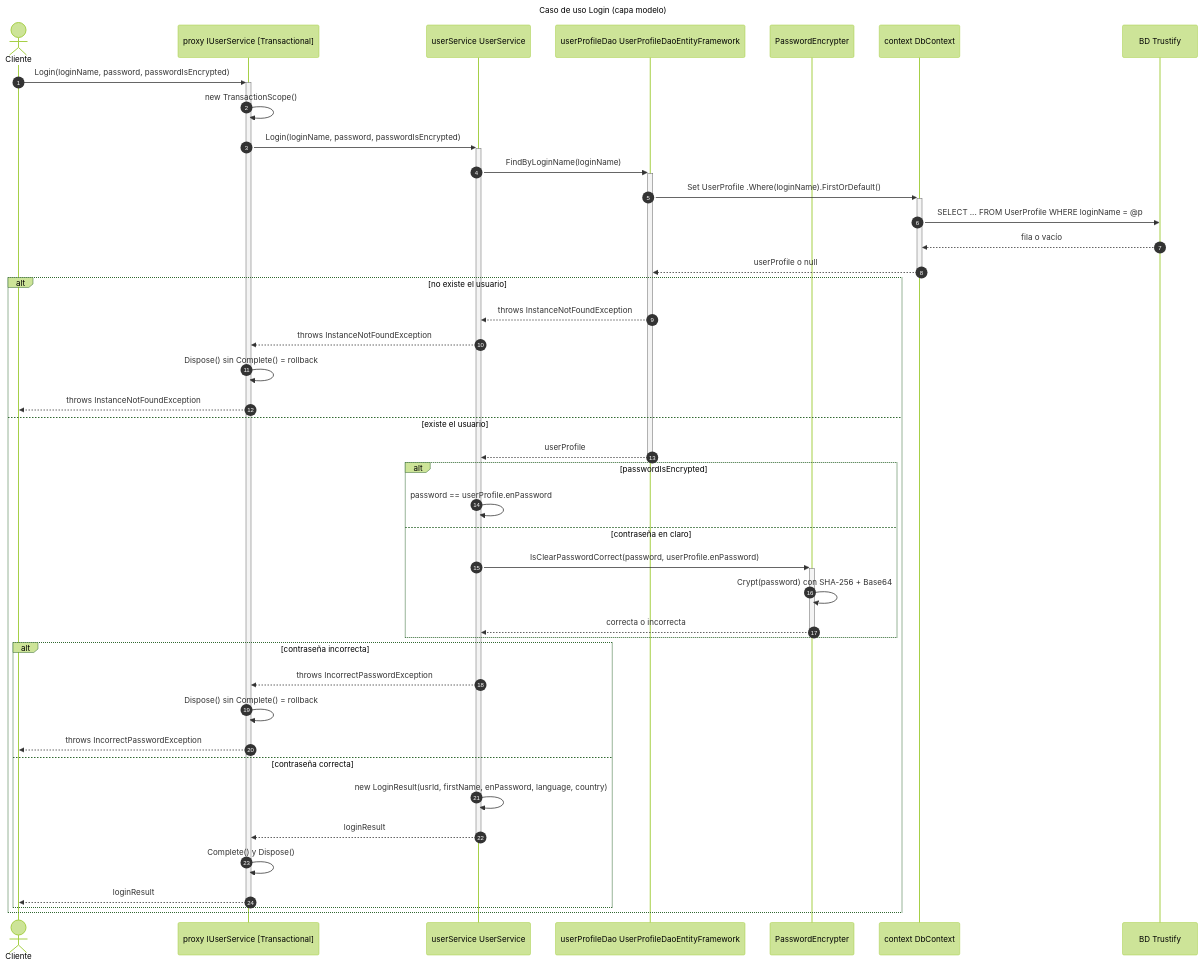
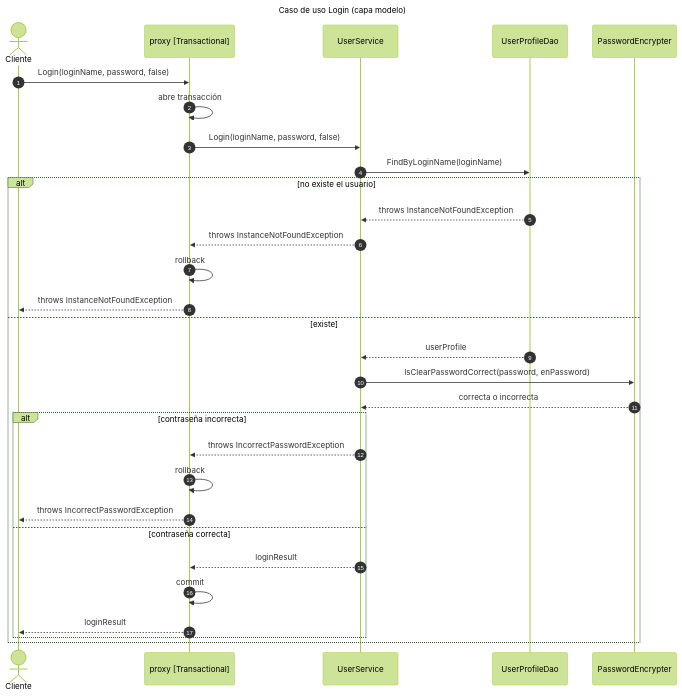
Before and after one commit to Martinhdeez/memoria-trustify-preview: the tenth of 11 diagrams in README.md, drawn with Mermaid (forest theme). The commit also changed other lines of this file, not shown here.

Commit message:
Simplificar secuencia de Login

````diff
--- a/README.md
+++ b/README.md
@@ -523,49 +523,37 @@
 ```mermaid
 ---
 title: Caso de uso Login (capa modelo)
 ---
 sequenceDiagram
     autonumber
     actor Cliente
-    participant Proxy as proxy IUserService [Transactional]
-    participant Service as userService UserService
-    participant Dao as userProfileDao UserProfileDaoEntityFramework
+    participant Proxy as proxy [Transactional]
+    participant Service as UserService
+    participant Dao as UserProfileDao
     participant Enc as PasswordEncrypter
-    participant Ctx as context DbContext
-    participant BD as BD Trustify
 
-    Cliente->>+Proxy: Login(loginName, password, passwordIsEncrypted)
-    Proxy->>Proxy: new TransactionScope()
-    Proxy->>+Service: Login(loginName, password, passwordIsEncrypted)
-    Service->>+Dao: FindByLoginName(loginName)
-    Dao->>+Ctx: Set UserProfile .Where(loginName).FirstOrDefault()
-    Ctx->>BD: SELECT ... FROM UserProfile WHERE loginName = @p
-    BD-->>Ctx: fila o vacío
-    Ctx-->>-Dao: userProfile o null
+    Cliente->>Proxy: Login(loginName, password, false)
+    Proxy->>Proxy: abre transacción
+    Proxy->>Service: Login(loginName, password, false)
+    Service->>Dao: FindByLoginName(loginName)
 
     alt no existe el usuario
         Dao-->>Service: throws InstanceNotFoundException
         Service-->>Proxy: throws InstanceNotFoundException
-        Proxy->>Proxy: Dispose() sin Complete() = rollback
+        Proxy->>Proxy: rollback
         Proxy-->>Cliente: throws InstanceNotFoundException
-    else existe el usuario
-        Dao-->>-Service: userProfile
-        alt passwordIsEncrypted
-            Service->>Service: password == userProfile.enPassword
-        else contraseña en claro
-            Service->>+Enc: IsClearPasswordCorrect(password, userProfile.enPassword)
-            Enc->>Enc: Crypt(password) con SHA-256 + Base64
-            Enc-->>-Service: correcta o incorrecta
-        end
+    else existe
+        Dao-->>Service: userProfile
+        Service->>Enc: IsClearPasswordCorrect(password, enPassword)
+        Enc-->>Service: correcta o incorrecta
         alt contraseña incorrecta
             Service-->>Proxy: throws IncorrectPasswordException
-            Proxy->>Proxy: Dispose() sin Complete() = rollback
+            Proxy->>Proxy: rollback
             Proxy-->>Cliente: throws IncorrectPasswordException
         else contraseña correcta
-            Service->>Service: new LoginResult(usrId, firstName, enPassword, language, country)
-            Service-->>-Proxy: loginResult
-            Proxy->>Proxy: Complete() y Dispose()
-            Proxy-->>-Cliente: loginResult
+            Service-->>Proxy: loginResult
+            Proxy->>Proxy: commit
+            Proxy-->>Cliente: loginResult
         end
     end
 ```
````
